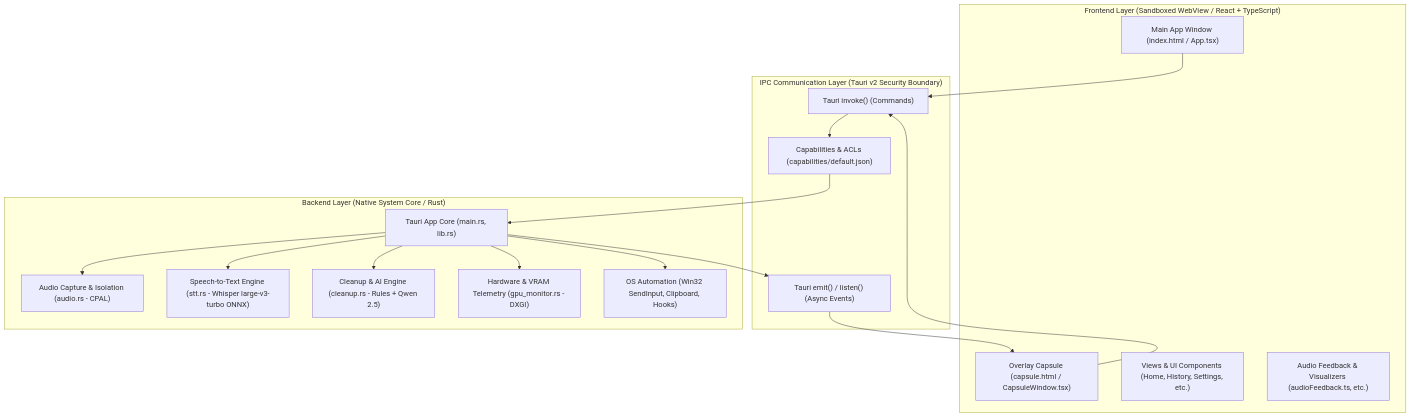
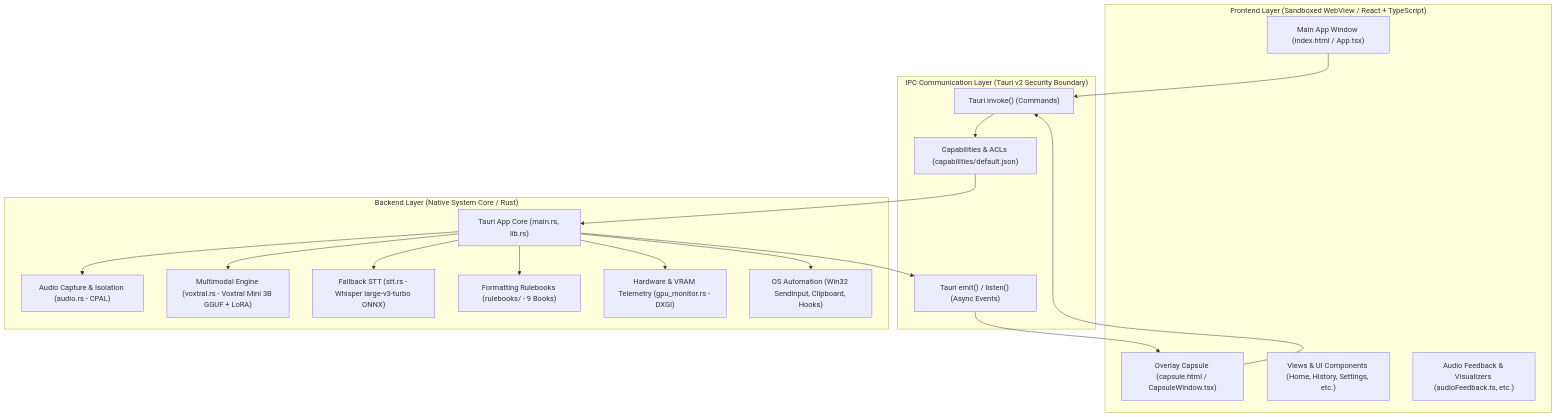
The diagram in ARCHITECTURE.md (raj-7676/IVY-), drawn with Mermaid before and after one commit. The commit also changed other lines of this file and 16 other files, not shown here.

Commit message:
Task 2: Replace Whisper+Qwen with Voxtral Mini 3B multimodal engine

````diff
--- a/ARCHITECTURE.md
+++ b/ARCHITECTURE.md
@@ -11,34 +11,36 @@
 ```mermaid
 graph TD
     subgraph Frontend["Frontend Layer (Sandboxed WebView / React + TypeScript)"]
         UI_MAIN["Main App Window (index.html / App.tsx)"]
         UI_CAPSULE["Overlay Capsule (capsule.html / CapsuleWindow.tsx)"]
         COMPONENTS["Views & UI Components (Home, History, Settings, etc.)"]
         FE_AUDIO["Audio Feedback & Visualizers (audioFeedback.ts, etc.)"]
     end
 
     subgraph Bridge["IPC Communication Layer (Tauri v2 Security Boundary)"]
         INVOKE["Tauri invoke() (Commands)"]
         EVENTS["Tauri emit() / listen() (Async Events)"]
         CAPS["Capabilities & ACLs (capabilities/default.json)"]
     end
 
     subgraph Backend["Backend Layer (Native System Core / Rust)"]
         CORE["Tauri App Core (main.rs, lib.rs)"]
         AUDIO["Audio Capture & Isolation (audio.rs - CPAL)"]
-        STT["Speech-to-Text Engine (stt.rs - Whisper large-v3-turbo ONNX)"]
-        CLEANUP["Cleanup & AI Engine (cleanup.rs - Rules + Qwen 2.5)"]
+        VOXTRAL["Multimodal Engine (voxtral.rs - Voxtral Mini 3B GGUF + LoRA)"]
+        STT["Fallback STT (stt.rs - Whisper large-v3-turbo ONNX)"]
+        RULEBOOKS["Formatting Rulebooks (rulebooks/ - 9 Books)"]
         GPU["Hardware & VRAM Telemetry (gpu_monitor.rs - DXGI)"]
         WIN32["OS Automation (Win32 SendInput, Clipboard, Hooks)"]
     end
 
     UI_MAIN --> INVOKE
     UI_CAPSULE --> INVOKE
     INVOKE --> CAPS --> CORE
     CORE --> EVENTS --> UI_CAPSULE
     CORE --> AUDIO
+    CORE --> VOXTRAL
     CORE --> STT
-    CORE --> CLEANUP
+    CORE --> RULEBOOKS
     CORE --> GPU
     CORE --> WIN32
 ```
````
